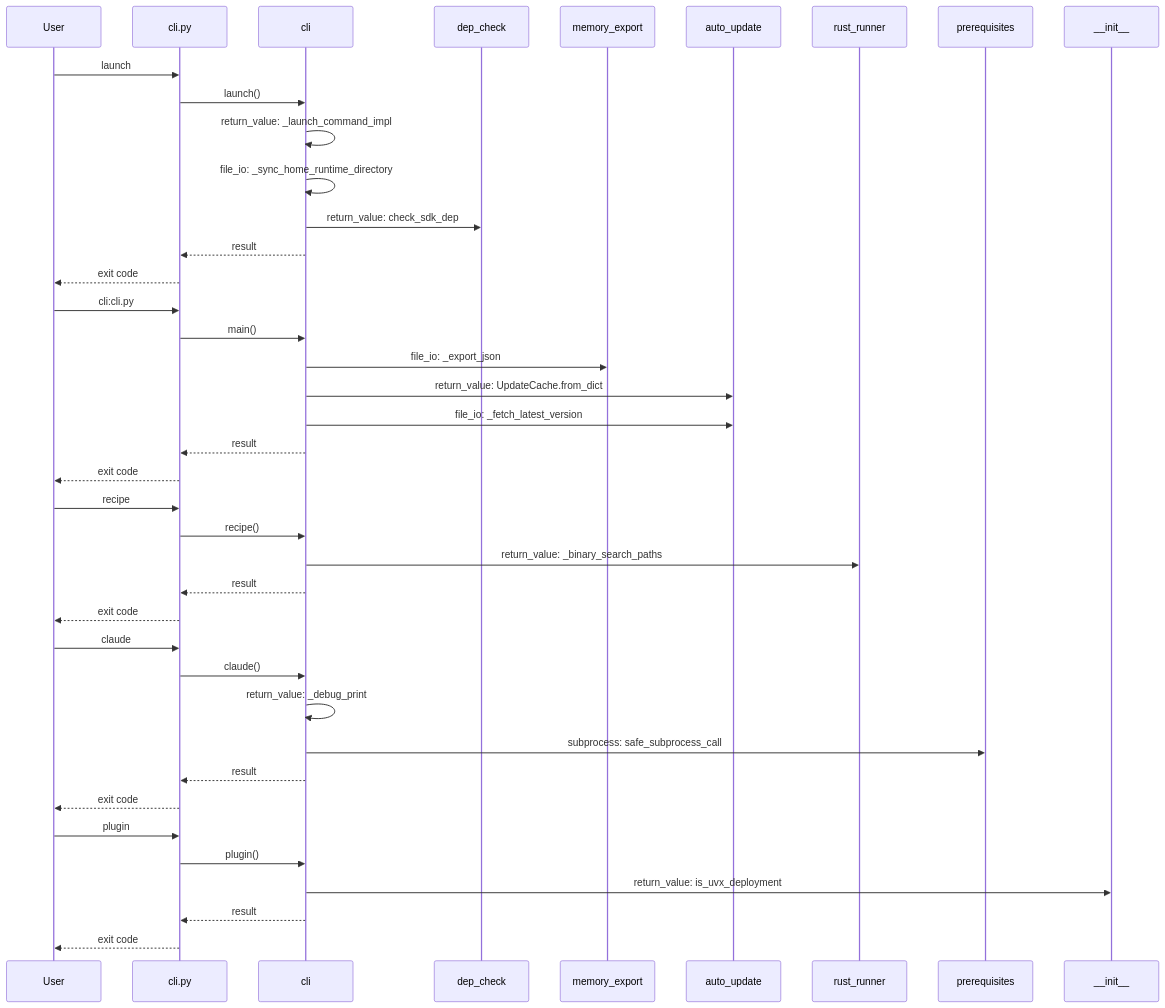
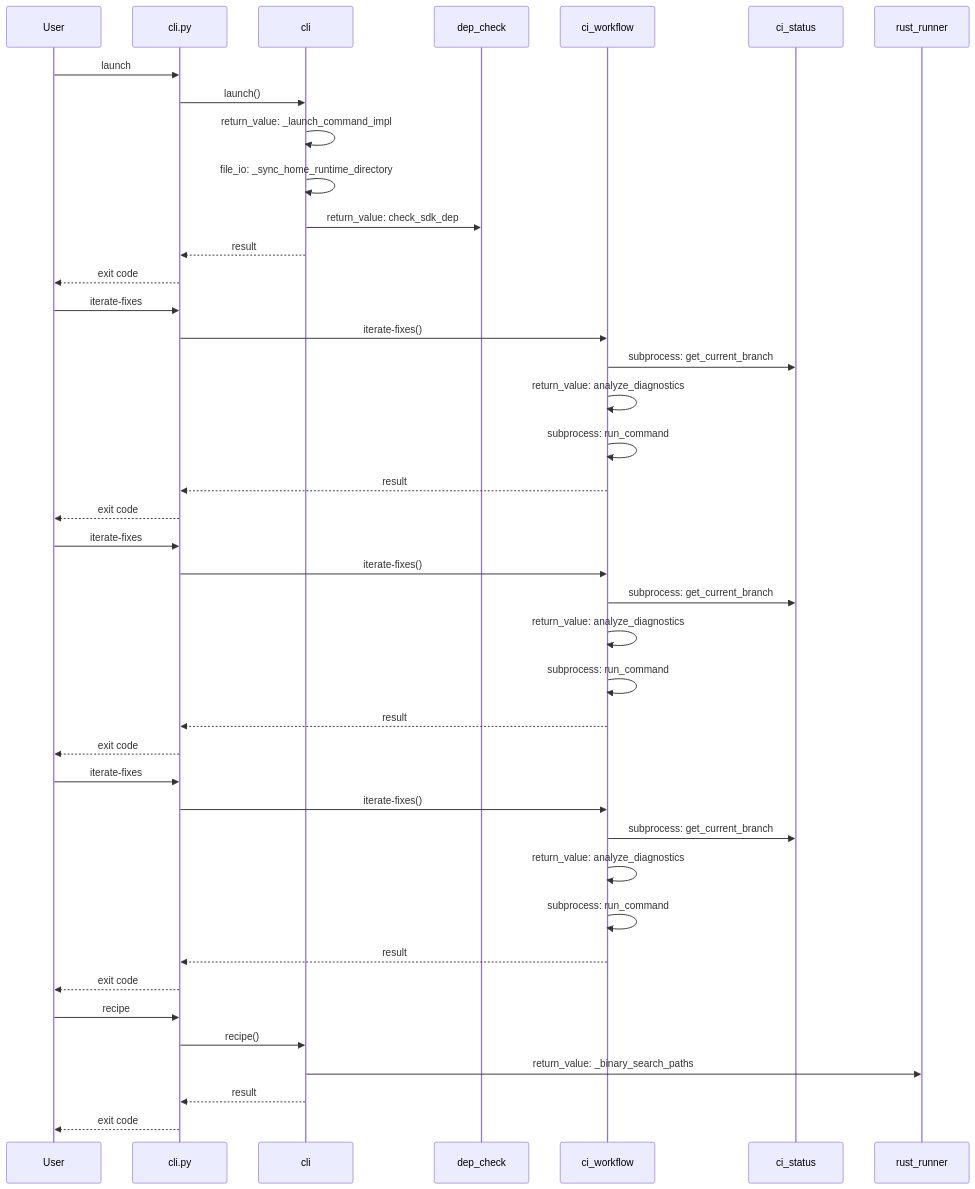
Before and after one commit to rysweet/amplihack: the diagram in docs/atlas/user-journeys/user-journeys.mmd, drawn with Mermaid. The commit also changed 27 other files, not shown here.

```diff
--- a/docs/atlas/user-journeys/user-journeys.mmd
+++ b/docs/atlas/user-journeys/user-journeys.mmd
@@ -1,44 +1,45 @@
 sequenceDiagram
     participant User
     participant CLI as cli.py
     participant cli
     User->>CLI: launch
     CLI->>cli: launch()
     cli->>cli: return_value: _launch_command_impl
     cli->>cli: file_io: _sync_home_runtime_directory
     participant dep_check
     cli->>dep_check: return_value: check_sdk_dep
     cli-->>CLI: result
     CLI-->>User: exit code
 
-    User->>CLI: cli:cli.py
-    CLI->>cli: main()
-    participant memory_export
-    cli->>memory_export: file_io: _export_json
-    participant auto_update
-    cli->>auto_update: return_value: UpdateCache.from_dict
-    cli->>auto_update: file_io: _fetch_latest_version
-    cli-->>CLI: result
+    participant ci_workflow
+    User->>CLI: iterate-fixes
+    CLI->>ci_workflow: iterate-fixes()
+    participant ci_status
+    ci_workflow->>ci_status: subprocess: get_current_branch
+    ci_workflow->>ci_workflow: return_value: analyze_diagnostics
+    ci_workflow->>ci_workflow: subprocess: run_command
+    ci_workflow-->>CLI: result
+    CLI-->>User: exit code
+
+    User->>CLI: iterate-fixes
+    CLI->>ci_workflow: iterate-fixes()
+    ci_workflow->>ci_status: subprocess: get_current_branch
+    ci_workflow->>ci_workflow: return_value: analyze_diagnostics
+    ci_workflow->>ci_workflow: subprocess: run_command
+    ci_workflow-->>CLI: result
+    CLI-->>User: exit code
+
+    User->>CLI: iterate-fixes
+    CLI->>ci_workflow: iterate-fixes()
+    ci_workflow->>ci_status: subprocess: get_current_branch
+    ci_workflow->>ci_workflow: return_value: analyze_diagnostics
+    ci_workflow->>ci_workflow: subprocess: run_command
+    ci_workflow-->>CLI: result
     CLI-->>User: exit code
 
     User->>CLI: recipe
     CLI->>cli: recipe()
     participant rust_runner
     cli->>rust_runner: return_value: _binary_search_paths
     cli-->>CLI: result
     CLI-->>User: exit code
-
-    User->>CLI: claude
-    CLI->>cli: claude()
-    cli->>cli: return_value: _debug_print
-    participant prerequisites
-    cli->>prerequisites: subprocess: safe_subprocess_call
-    cli-->>CLI: result
-    CLI-->>User: exit code
-
-    User->>CLI: plugin
-    CLI->>cli: plugin()
-    participant __init__
-    cli->>__init__: return_value: is_uvx_deployment
-    cli-->>CLI: result
-    CLI-->>User: exit code
```
